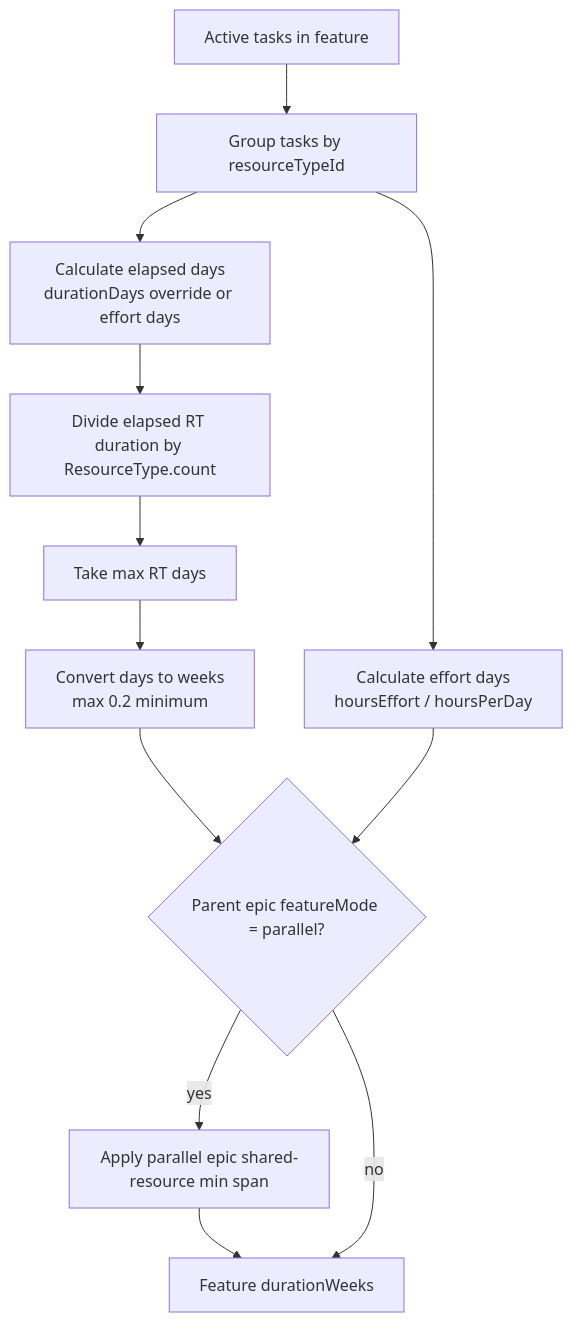
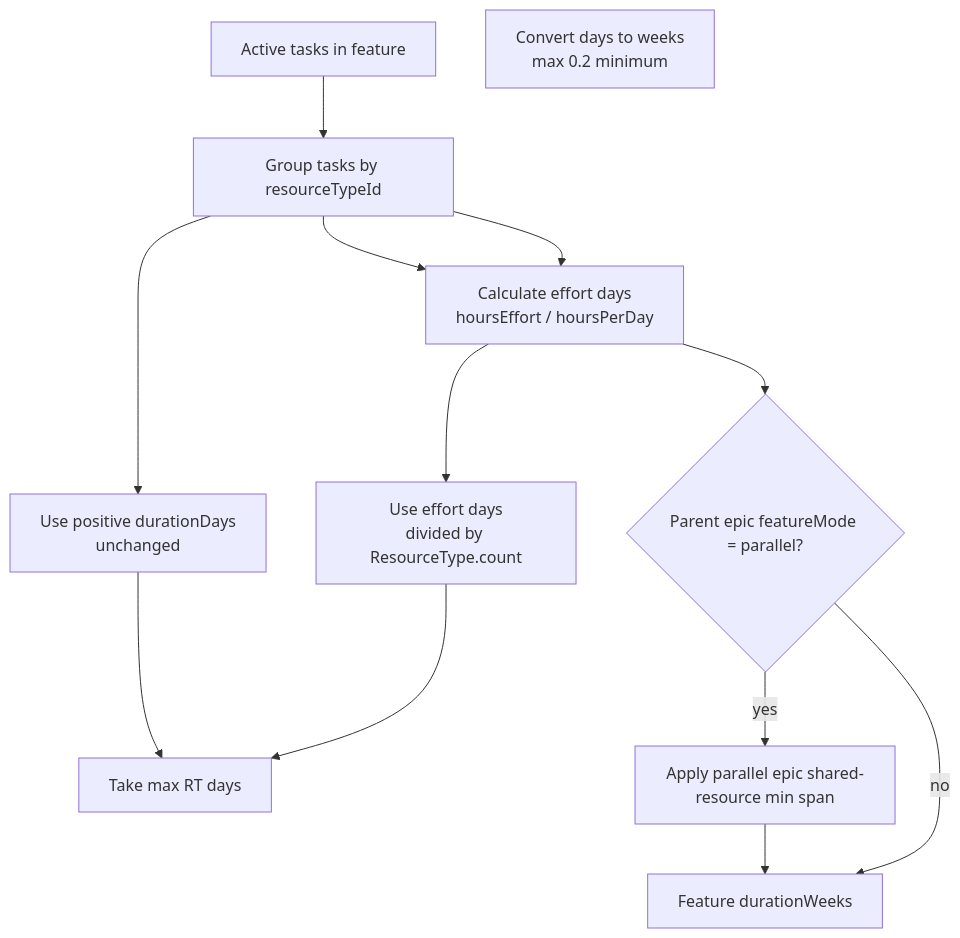
One commit to NickMonrad/monrad-estimator changed the fifth of 10 diagrams in docs/architecture/scheduling-and-resource-model.md. Above: the diagram before and after it, drawn with Mermaid. The commit also changed other lines of this file and 8 other files, not shown here.

Commit message:
fix(#462): preserve explicit duration scheduling semantics

````diff
--- a/docs/architecture/scheduling-and-resource-model.md
+++ b/docs/architecture/scheduling-and-resource-model.md
@@ -416,20 +416,21 @@
 ```mermaid
 flowchart TD
   Tasks[Active tasks in feature]
   Group[Group tasks by resourceTypeId]
   EffortDays[Calculate effort days<br/>hoursEffort / hoursPerDay]
-  ScheduleDays[Calculate elapsed days<br/>durationDays override or effort days]
-  Divide[Divide elapsed RT duration by ResourceType.count]
+  ExplicitDuration[Use positive durationDays<br/>unchanged]
+  EffortDuration[Use effort days<br/>divided by ResourceType.count]
   Bottleneck[Take max RT days]
   Weeks[Convert days to weeks<br/>max 0.2 minimum]
   Parallel{Parent epic featureMode = parallel?}
   Floor[Apply parallel epic shared-resource min span]
   Duration[Feature durationWeeks]
 
   Tasks --> Group
   Group --> EffortDays
-  Group --> ScheduleDays --> Divide --> Bottleneck --> Weeks --> Parallel
+  Group --> ExplicitDuration --> Bottleneck
+  Group --> EffortDays --> EffortDuration --> Bottleneck
   EffortDays --> Parallel
   Parallel -- yes --> Floor --> Duration
   Parallel -- no --> Duration
 ```
````
